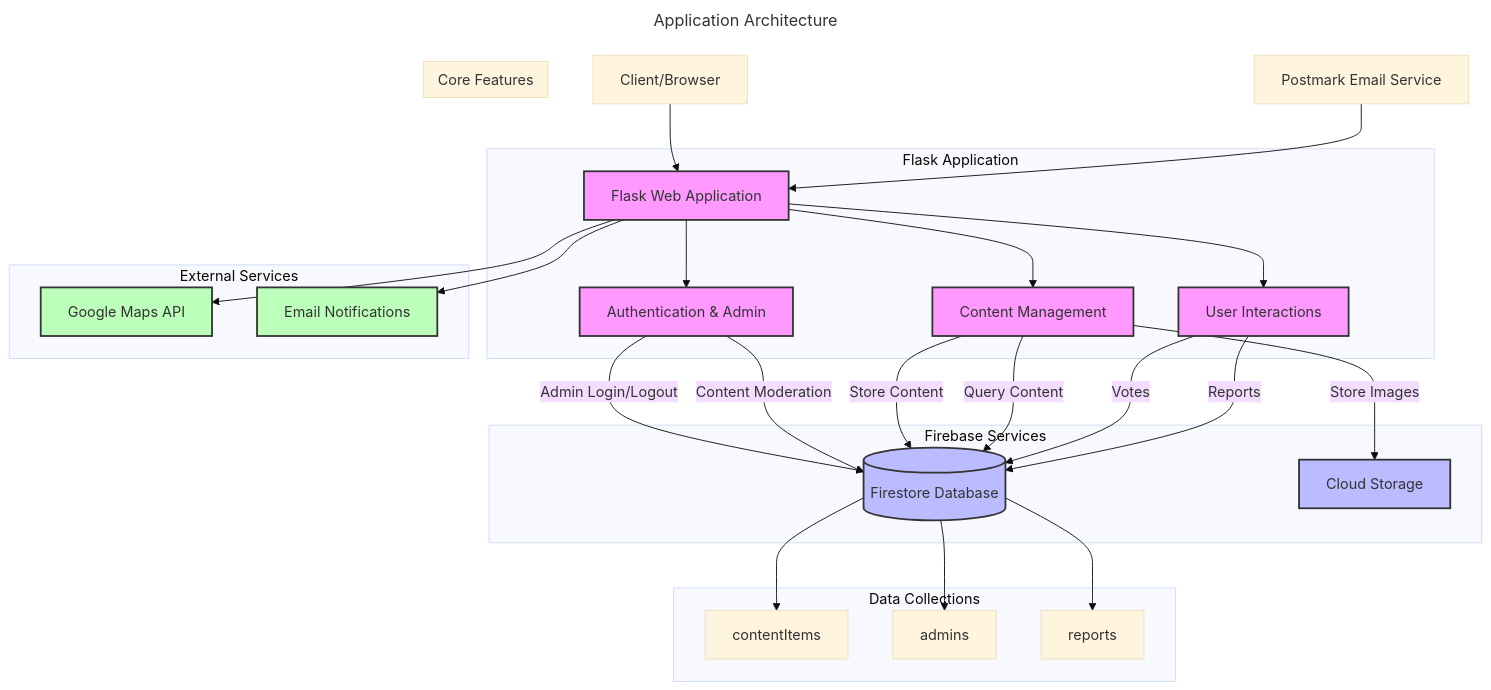
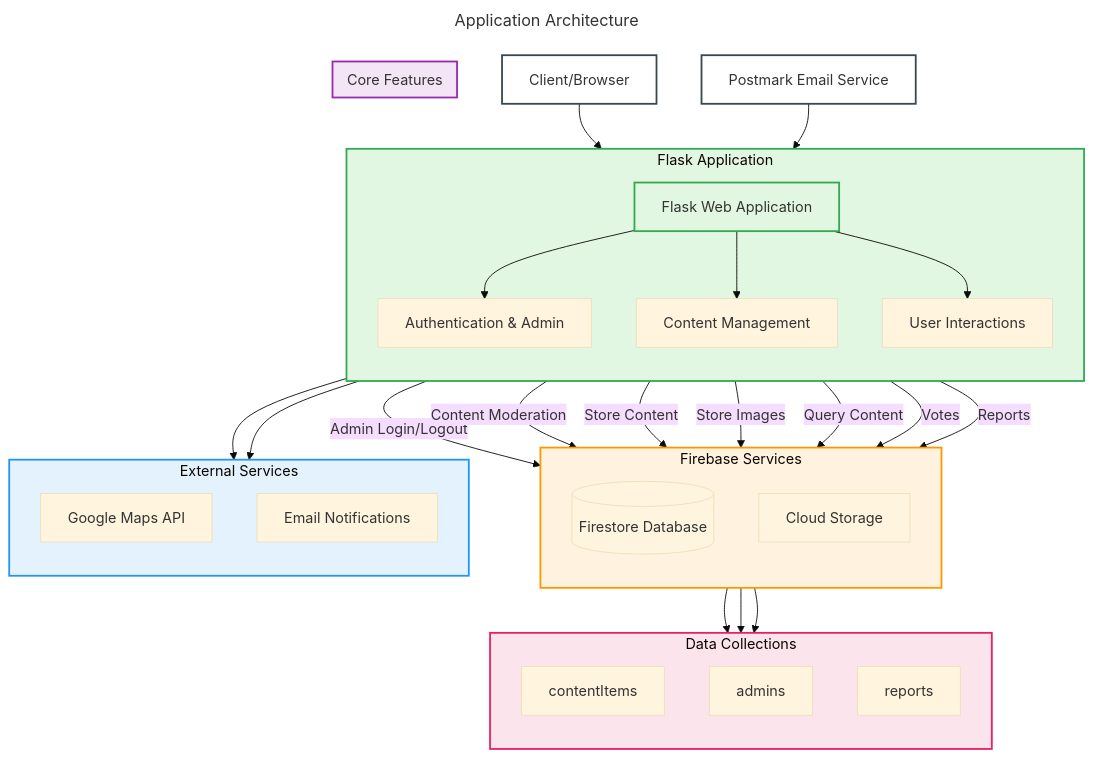
One commit to premananda108/MailMap changed the diagram in README.md. Above: the diagram before and after it, drawn with Mermaid (base theme).

Commit message:
Add application architecture diagram to README
- Included a detailed architecture diagram using Mermaid in `README.md` to illustrate components and data flow.

````diff
--- a/README.md
+++ b/README.md
@@ -38,54 +38,61 @@
 ```mermaid
 ---
 title: Application Architecture
 ---
 
 graph TD
 A[Client/Browser] --> B[Flask Web Application]
 P[Postmark Email Service] --> B
 
-    subgraph Flask Application
-        B --> C[Authentication & Admin]
-        B --> D[Content Management]
-        B --> E[User Interactions]
-    end
-    
-    subgraph Firebase Services
-        F[(Firestore Database)]
-        G[Cloud Storage]
-    end
-    
-    subgraph Core Features
-        C --> |Admin Login/Logout| F
-        C --> |Content Moderation| F
-        
-        D --> |Store Content| F
-        D --> |Store Images| G
-        D --> |Query Content| F
-        
-        E --> |Votes| F
-        E --> |Reports| F
-    end
-    
-    subgraph External Services
-        H[Google Maps API]
-        I[Email Notifications]
-    end
-    
-    B --> H
-    B --> I
-    
-    subgraph Data Collections
-        F --> J[contentItems]
-        F --> K[admins]
-        F --> L[reports]
-    end
+subgraph flask[Flask Application]
+    direction TB
+    B --> C[Authentication & Admin]
+    B --> D[Content Management]
+    B --> E[User Interactions]
+end
 
-    classDef flask fill:#f9f,stroke:#333,stroke-width:2px
-    classDef firebase fill:#bbf,stroke:#333,stroke-width:2px
-    classDef external fill:#bfb,stroke:#333,stroke-width:2px
-    
-    class B,C,D,E flask
-    class F,G firebase
-    class H,I external
+subgraph firebase[Firebase Services]
+    direction TB
+    F[(Firestore Database)]
+    G[Cloud Storage]
+end
+
+subgraph core[Core Features]
+    direction TB
+    C --> |Admin Login/Logout| F
+    C --> |Content Moderation| F
+    D --> |Store Content| F
+    D --> |Store Images| G
+    D --> |Query Content| F
+    E --> |Votes| F
+    E --> |Reports| F
+end
+
+subgraph external[External Services]
+    direction TB
+    H[Google Maps API]
+    I[Email Notifications]
+end
+
+B --> H
+B --> I
+
+subgraph data[Data Collections]
+    direction TB
+    F --> J[contentItems]
+    F --> K[admins]
+    F --> L[reports]
+end
+
+%% Styles
+style flask fill:#e1f7e1,stroke:#32a852,stroke-width:2px
+style firebase fill:#fff3e0,stroke:#ff9800,stroke-width:2px
+style external fill:#e3f2fd,stroke:#2196f3,stroke-width:2px
+style core fill:#f3e5f5,stroke:#9c27b0,stroke-width:2px
+style data fill:#fce4ec,stroke:#e91e63,stroke-width:2px
+
+%% Node styles
+style A fill:#fff,stroke:#384752,stroke-width:2px
+style B fill:#e1f7e1,stroke:#32a852,stroke-width:2px
+style P fill:#fff,stroke:#384752,stroke-width:2px
 ```    
````
